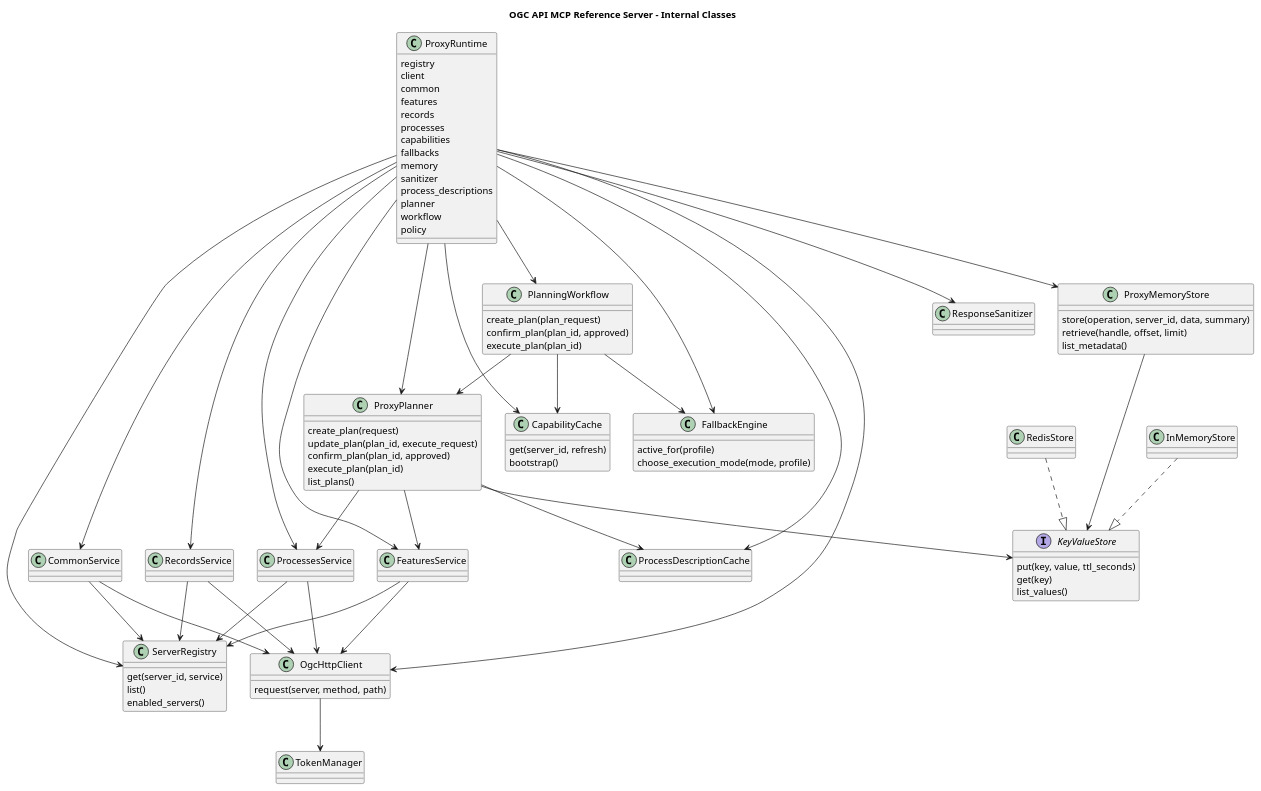
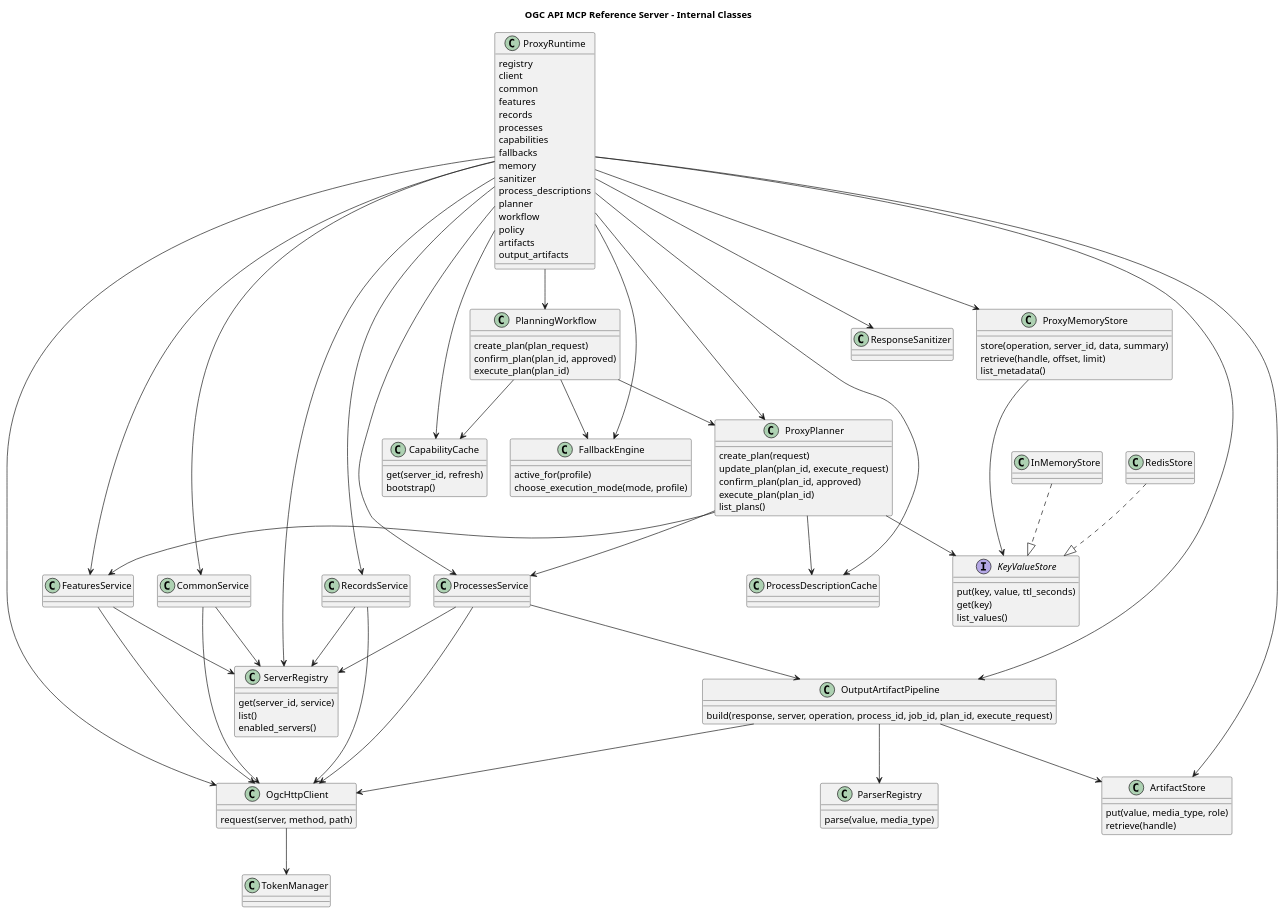
Before and after one commit to PranavAngrish/OGC-MCP-Service: the diagram in standardized_server/docs/uml/internal-classes.puml, drawn with PlantUML. The commit also changed 9 other files, not shown here.

```diff
--- a/standardized_server/docs/uml/internal-classes.puml
+++ b/standardized_server/docs/uml/internal-classes.puml
@@ -1,116 +1,138 @@
 @startuml
 title OGC API MCP Reference Server - Internal Classes
 
 skinparam classAttributeIconSize 0
 
 class ProxyRuntime {
   registry
   client
   common
   features
   records
   processes
   capabilities
   fallbacks
   memory
   sanitizer
   process_descriptions
   planner
   workflow
   policy
+  artifacts
+  output_artifacts
 }
 
 class ServerRegistry {
   get(server_id, service)
   list()
   enabled_servers()
 }
 
 class OgcHttpClient {
   request(server, method, path)
 }
 
 class CommonService
 class FeaturesService
 class RecordsService
 class ProcessesService
 
 class CapabilityCache {
   get(server_id, refresh)
   bootstrap()
 }
 
 class FallbackEngine {
   active_for(profile)
   choose_execution_mode(mode, profile)
 }
 
 class ProxyPlanner {
   create_plan(request)
   update_plan(plan_id, execute_request)
   confirm_plan(plan_id, approved)
   execute_plan(plan_id)
   list_plans()
 }
 
 class PlanningWorkflow {
   create_plan(plan_request)
   confirm_plan(plan_id, approved)
   execute_plan(plan_id)
 }
 
 class ProxyMemoryStore {
   store(operation, server_id, data, summary)
   retrieve(handle, offset, limit)
   list_metadata()
 }
 
 interface KeyValueStore {
   put(key, value, ttl_seconds)
   get(key)
   list_values()
 }
 
 class InMemoryStore
 class RedisStore
 class ResponseSanitizer
 class ProcessDescriptionCache
 class TokenManager
 
+class ArtifactStore {
+  put(value, media_type, role)
+  retrieve(handle)
+}
+
+class OutputArtifactPipeline {
+  build(response, server, operation, process_id, job_id, plan_id, execute_request)
+}
+
+class ParserRegistry {
+  parse(value, media_type)
+}
+
 ProxyRuntime --> ServerRegistry
 ProxyRuntime --> OgcHttpClient
 ProxyRuntime --> CommonService
 ProxyRuntime --> FeaturesService
 ProxyRuntime --> RecordsService
 ProxyRuntime --> ProcessesService
 ProxyRuntime --> CapabilityCache
 ProxyRuntime --> FallbackEngine
 ProxyRuntime --> ProxyMemoryStore
 ProxyRuntime --> ResponseSanitizer
 ProxyRuntime --> ProcessDescriptionCache
 ProxyRuntime --> ProxyPlanner
 ProxyRuntime --> PlanningWorkflow
+ProxyRuntime --> ArtifactStore
+ProxyRuntime --> OutputArtifactPipeline
 
 CommonService --> ServerRegistry
 FeaturesService --> ServerRegistry
 RecordsService --> ServerRegistry
 ProcessesService --> ServerRegistry
 
 CommonService --> OgcHttpClient
 FeaturesService --> OgcHttpClient
 RecordsService --> OgcHttpClient
 ProcessesService --> OgcHttpClient
 
 OgcHttpClient --> TokenManager
 ProxyPlanner --> FeaturesService
 ProxyPlanner --> ProcessesService
 ProxyPlanner --> ProcessDescriptionCache
 ProxyPlanner --> KeyValueStore
 ProxyMemoryStore --> KeyValueStore
 InMemoryStore ..|> KeyValueStore
 RedisStore ..|> KeyValueStore
 PlanningWorkflow --> ProxyPlanner
 PlanningWorkflow --> CapabilityCache
 PlanningWorkflow --> FallbackEngine
 
+OutputArtifactPipeline --> OgcHttpClient
+OutputArtifactPipeline --> ArtifactStore
+OutputArtifactPipeline --> ParserRegistry
+ProcessesService --> OutputArtifactPipeline
+
 @enduml
```
